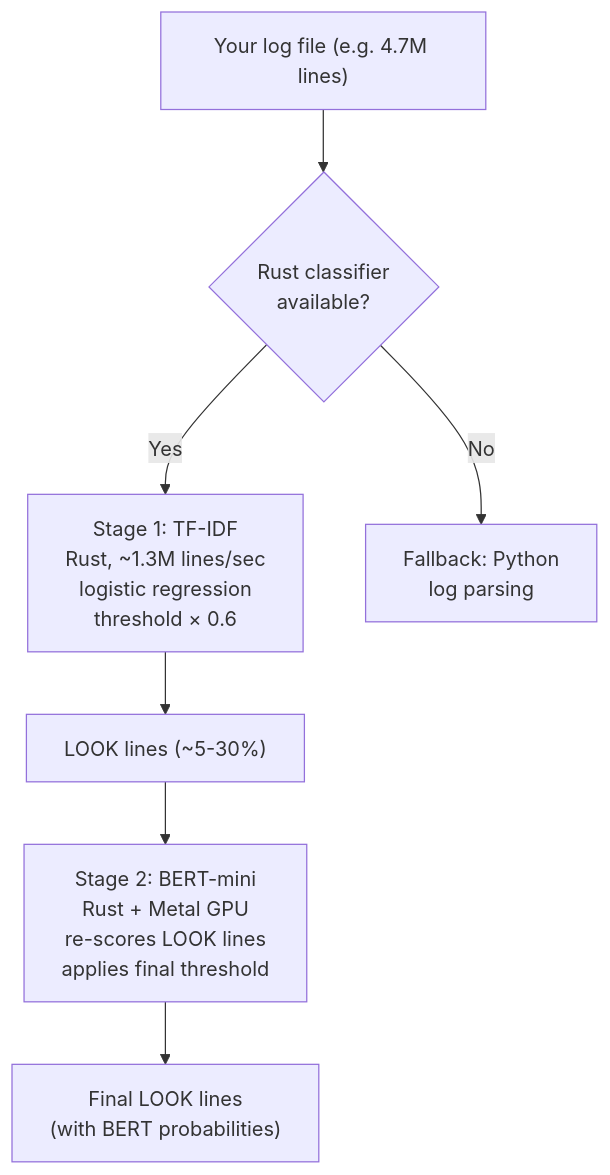
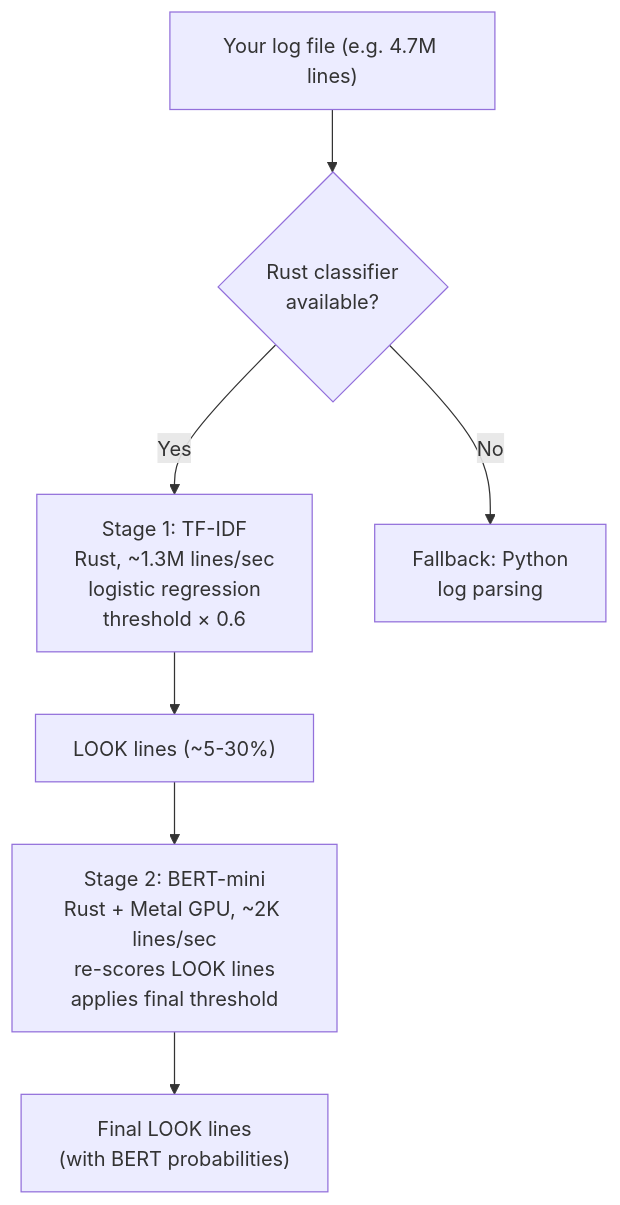
One commit to ascii766164696D/log-mcp changed the first of 2 diagrams in README.md. Above: the diagram before and after it, drawn with Mermaid. The commit also changed other lines of this file, not shown here.

Commit message:
Add BERT throughput (~2K lines/sec) alongside TF-IDF speed, clarify install prompt

````diff
--- a/README.md
+++ b/README.md
@@ -134,9 +136,9 @@
 ```mermaid
 flowchart TD
     A["Your log file (e.g. 4.7M lines)"] --> B{"Rust classifier<br/>available?"}
     B -->|Yes| C["Stage 1: TF-IDF<br/>Rust, ~1.3M lines/sec<br/>logistic regression<br/>threshold × 0.6"]
     B -->|No| D["Fallback: Python<br/>log parsing"]
     C --> E["LOOK lines (~5-30%)"]
-    E --> F["Stage 2: BERT-mini<br/>Rust + Metal GPU<br/>re-scores LOOK lines<br/>applies final threshold"]
+    E --> F["Stage 2: BERT-mini<br/>Rust + Metal GPU, ~2K lines/sec<br/>re-scores LOOK lines<br/>applies final threshold"]
     F --> G["Final LOOK lines<br/>(with BERT probabilities)"]
 ```
````
